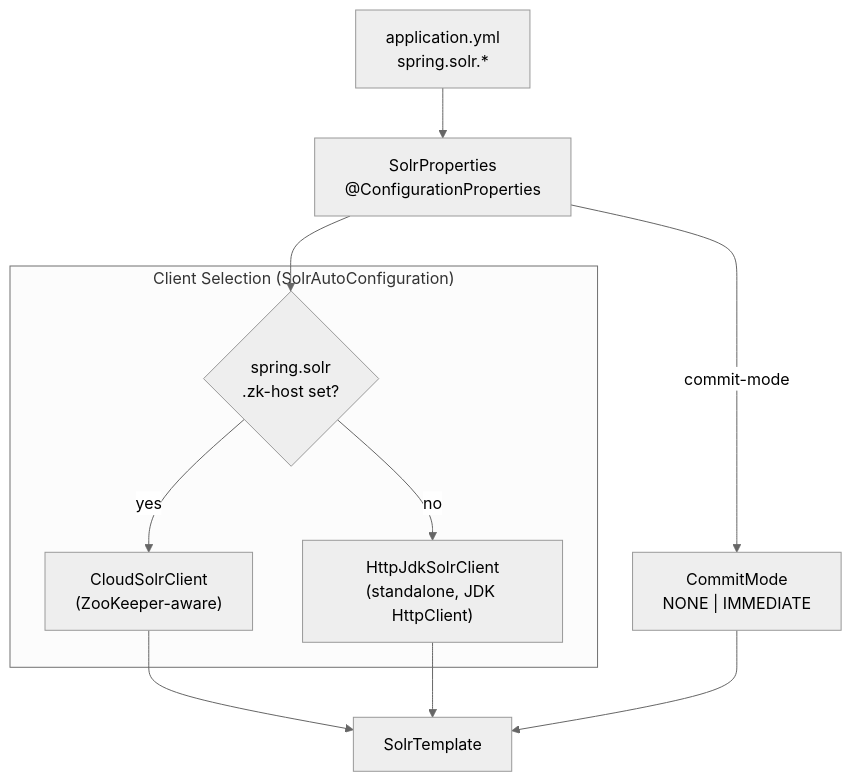
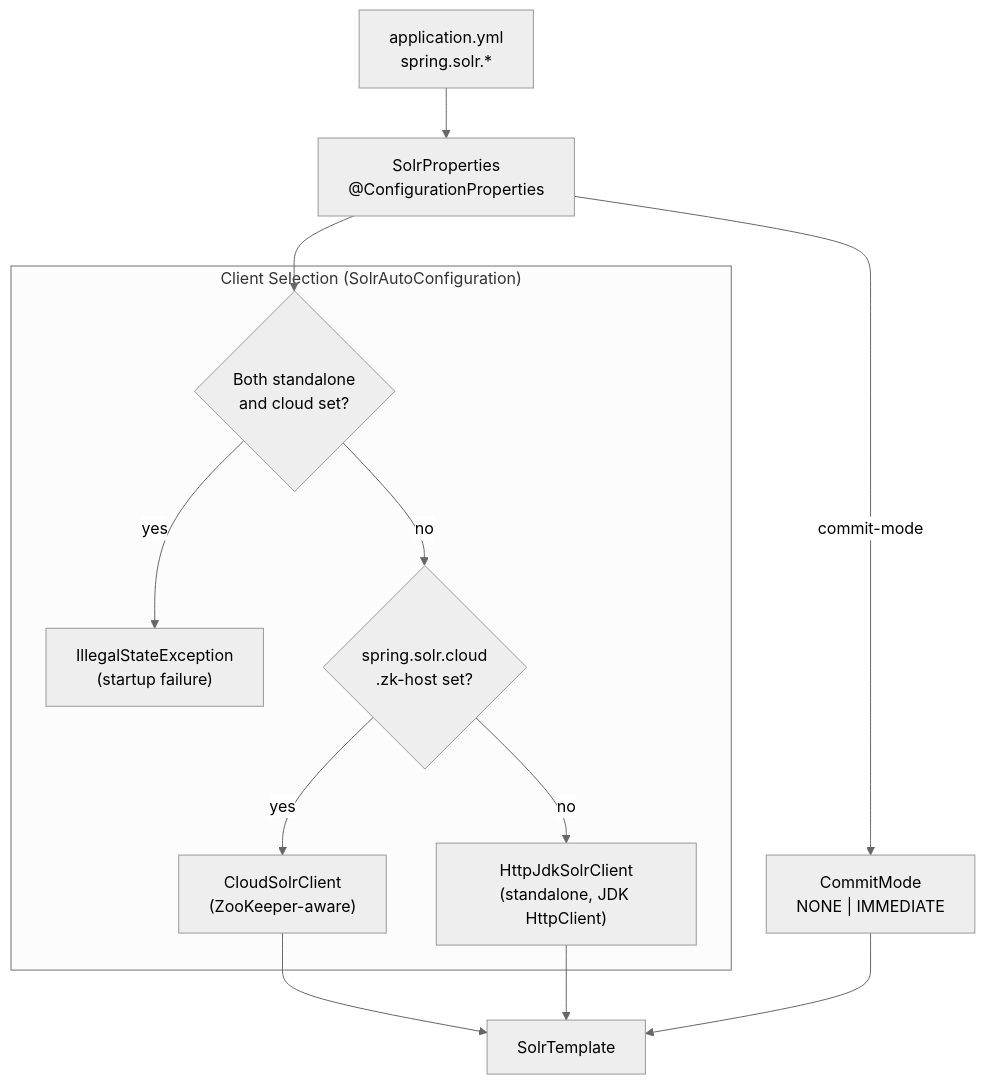
Before and after one commit to tomaytotomato/spring-data-solr-lazarus: the fourth of 4 diagrams in docs/ARCHITECTURE.md, drawn with Mermaid (neutral theme). The commit also changed 2 other files, not shown here.

Commit message:
docs: update config examples and architecture for explicit standalone/cloud blocks
README, CLAUDE.md, and ARCHITECTURE.md all referenced the old implicit
zk-host detection pattern. Updated to show the new spring.solr.standalone
and spring.solr.cloud nested blocks, and added the ambiguity guard note.
The Mermaid flowchart now shows the both-set → IllegalStateException path.

````diff
--- a/docs/ARCHITECTURE.md
+++ b/docs/ARCHITECTURE.md
@@ -187,23 +187,27 @@
 ```mermaid
 flowchart TD
   YML["application.yml<br/>spring.solr.*"]
   SP["SolrProperties<br/>@ConfigurationProperties"]
 
   subgraph Decision["Client Selection (SolrAutoConfiguration)"]
-    Q{"spring.solr<br/>.zk-host set?"}
+    Q{"Both standalone<br/>and cloud set?"}
+    Err["IllegalStateException<br/>(startup failure)"]
+    QC{"spring.solr.cloud<br/>.zk-host set?"}
     Cloud["CloudSolrClient<br/>(ZooKeeper-aware)"]
     Std["HttpJdkSolrClient<br/>(standalone, JDK HttpClient)"]
   end
 
   Tmpl["SolrTemplate"]
   CM["CommitMode<br/>NONE | IMMEDIATE"]
 
   YML --> SP
   SP --> Q
-  Q -- yes --> Cloud
-  Q -- no --> Std
+  Q -- yes --> Err
+  Q -- no --> QC
+  QC -- yes --> Cloud
+  QC -- no --> Std
   Cloud --> Tmpl
   Std --> Tmpl
   SP -- commit-mode --> CM
   CM --> Tmpl
 ```
````
